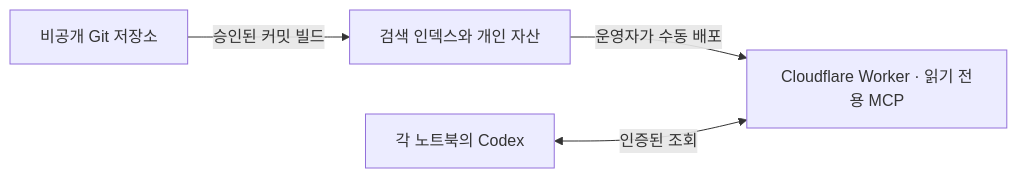
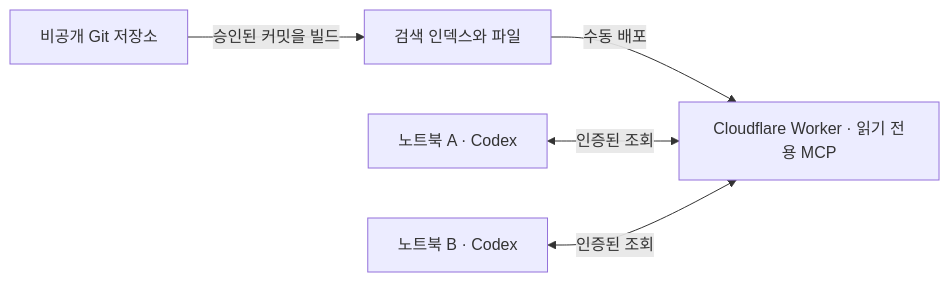
The diagram in README.md (SEONGMINY/my-context), drawn with Mermaid before and after one commit. The commit also changed other lines of this file and 7 other files, not shown here.

````diff
--- a/README.md
+++ b/README.md
@@ -45,6 +36,7 @@
 ```mermaid
 flowchart LR
-    source["비공개 Git 저장소"] -->|"승인된 커밋 빌드"| bundle["검색 인덱스와 개인 자산"]
-    bundle -->|"운영자가 수동 배포"| worker["Cloudflare Worker · 읽기 전용 MCP"]
-    codex["각 노트북의 Codex"] <-->|"인증된 조회"| worker
+    git["비공개 Git 저장소"] -->|"승인된 커밋을 빌드"| bundle["검색 인덱스와 파일"]
+    bundle -->|"수동 배포"| worker["Cloudflare Worker · 읽기 전용 MCP"]
+    laptopA["노트북 A · Codex"] <-->|"인증된 조회"| worker
+    laptopB["노트북 B · Codex"] <-->|"인증된 조회"| worker
 ```
````
